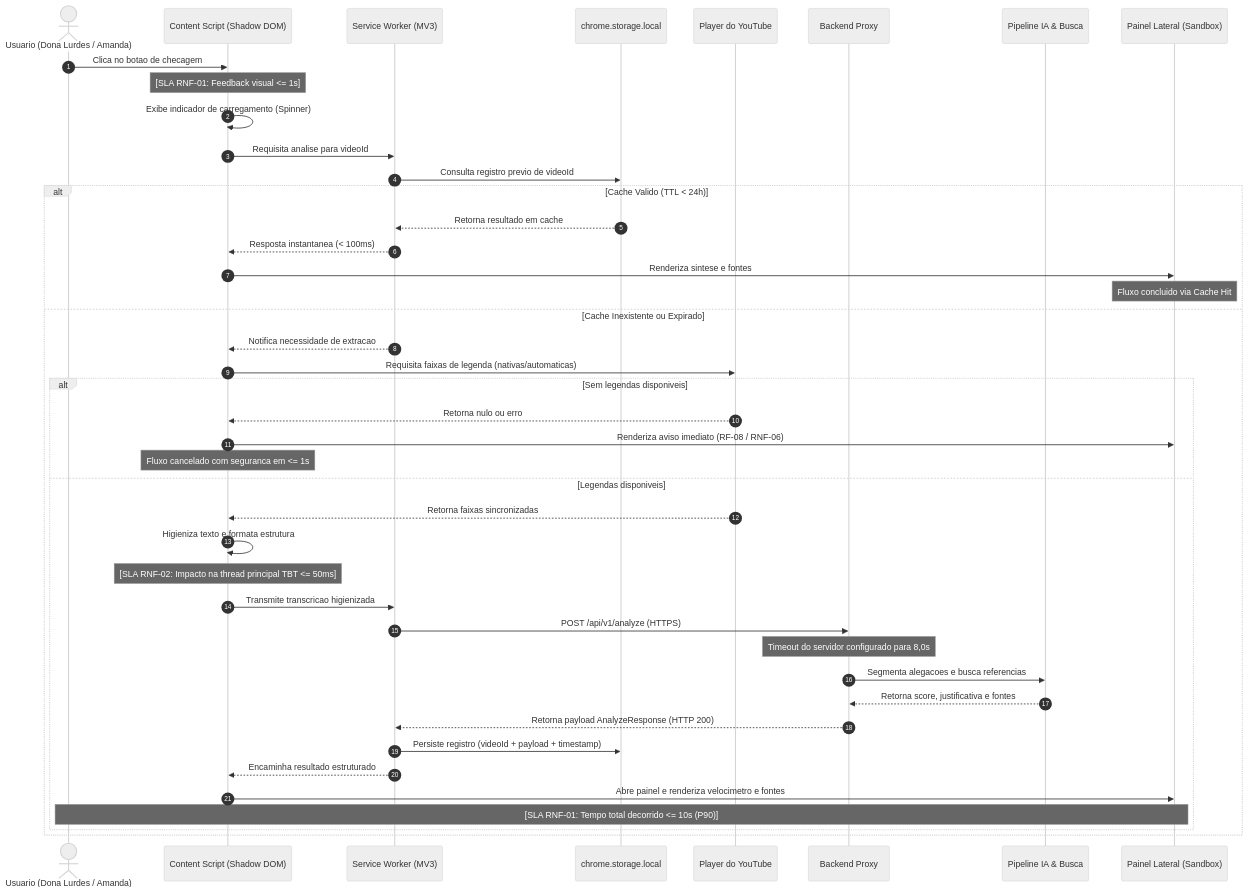
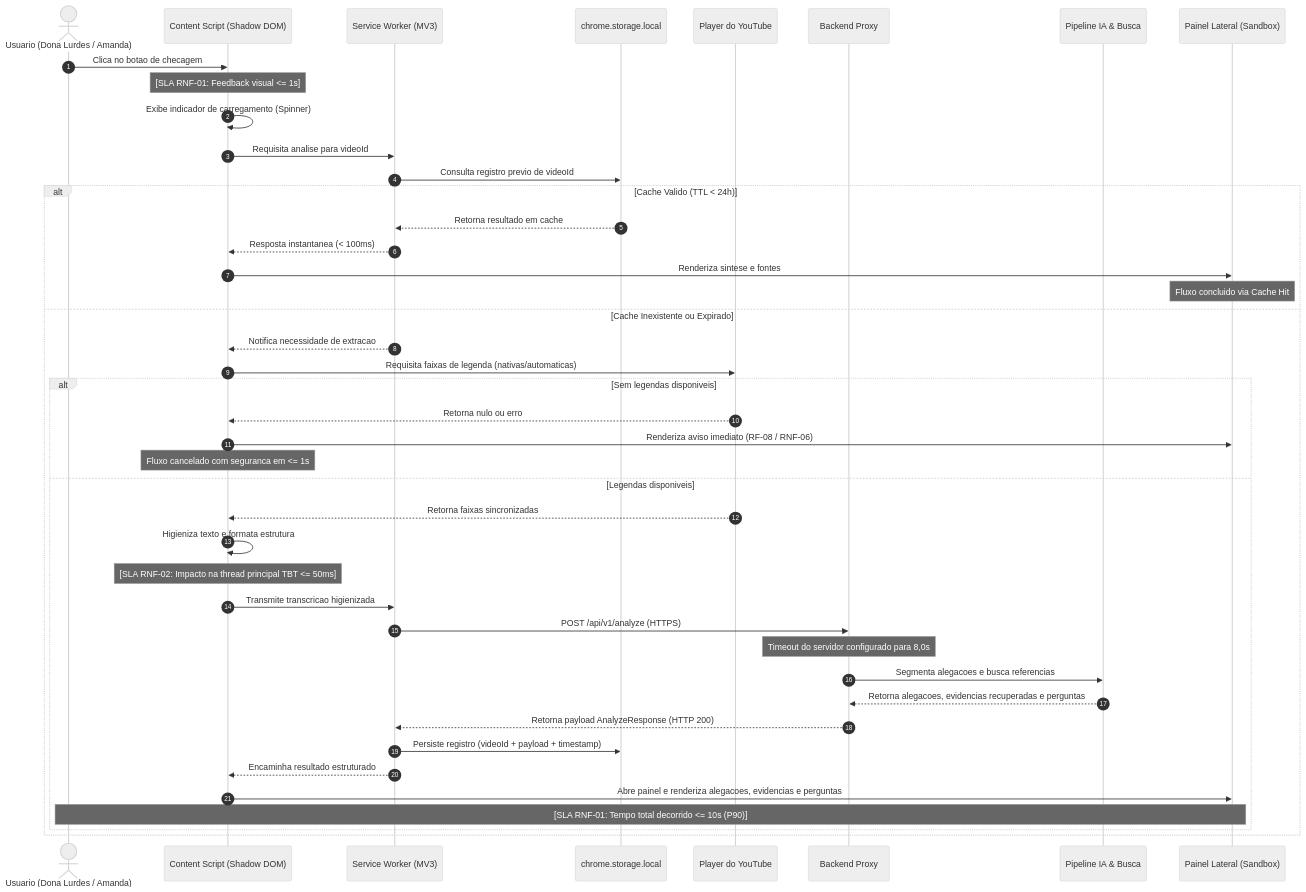
Before and after one commit to evidencia-grupo/documentation: the third of 3 diagrams in docs/tecnico/arquitetura.md, drawn with Mermaid (neutral theme). The commit also changed other lines of this file and 9 other files, not shown here.

````diff
--- a/docs/tecnico/arquitetura.md
+++ b/docs/tecnico/arquitetura.md
@@ -94,47 +94,47 @@
 ```mermaid
 sequenceDiagram
     autonumber
     actor User as Usuario (Dona Lurdes / Amanda)
     participant CS as Content Script (Shadow DOM)
     participant SW as Service Worker (MV3)
     participant Cache as chrome.storage.local
     participant YT as Player do YouTube
     participant API as Backend Proxy
     participant AI as Pipeline IA & Busca
     participant Panel as Painel Lateral (Sandbox)
 
     User->>CS: Clica no botao de checagem
     Note over CS: [SLA RNF-01: Feedback visual <= 1s]
     CS->>CS: Exibe indicador de carregamento (Spinner)
     CS->>SW: Requisita analise para videoId
 
     SW->>Cache: Consulta registro previo de videoId
     alt Cache Valido (TTL < 24h)
         Cache-->>SW: Retorna resultado em cache
         SW-->>CS: Resposta instantanea (< 100ms)
         CS->>Panel: Renderiza sintese e fontes
         Note over Panel: Fluxo concluido via Cache Hit
     else Cache Inexistente ou Expirado
         SW-->>CS: Notifica necessidade de extracao
         CS->>YT: Requisita faixas de legenda (nativas/automaticas)
         alt Sem legendas disponiveis
             YT-->>CS: Retorna nulo ou erro
             CS->>Panel: Renderiza aviso imediato (RF-08 / RNF-06)
             Note over CS: Fluxo cancelado com seguranca em <= 1s
         else Legendas disponiveis
             YT-->>CS: Retorna faixas sincronizadas
             CS->>CS: Higieniza texto e formata estrutura
             Note over CS: [SLA RNF-02: Impacto na thread principal TBT <= 50ms]
             CS->>SW: Transmite transcricao higienizada
             SW->>API: POST /api/v1/analyze (HTTPS)
             Note over API: Timeout do servidor configurado para 8,0s
             API->>AI: Segmenta alegacoes e busca referencias
-            AI-->>API: Retorna score, justificativa e fontes
+            AI-->>API: Retorna alegacoes, evidencias recuperadas e perguntas
             API-->>SW: Retorna payload AnalyzeResponse (HTTP 200)
             SW->>Cache: Persiste registro (videoId + payload + timestamp)
             SW-->>CS: Encaminha resultado estruturado
-            CS->>Panel: Abre painel e renderiza velocimetro e fontes
+            CS->>Panel: Abre painel e renderiza alegacoes, evidencias e perguntas
             Note over User,Panel: [SLA RNF-01: Tempo total decorrido <= 10s (P90)]
         end
     end
 ```
````
